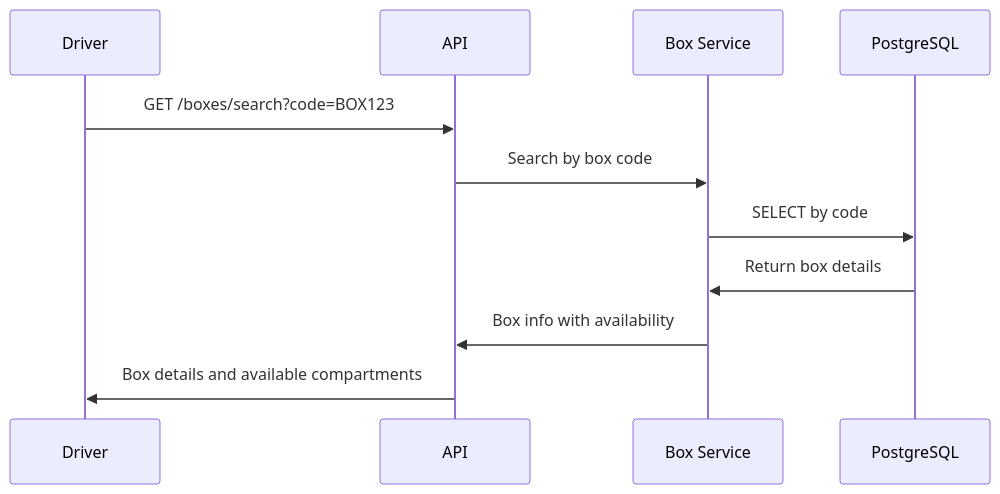
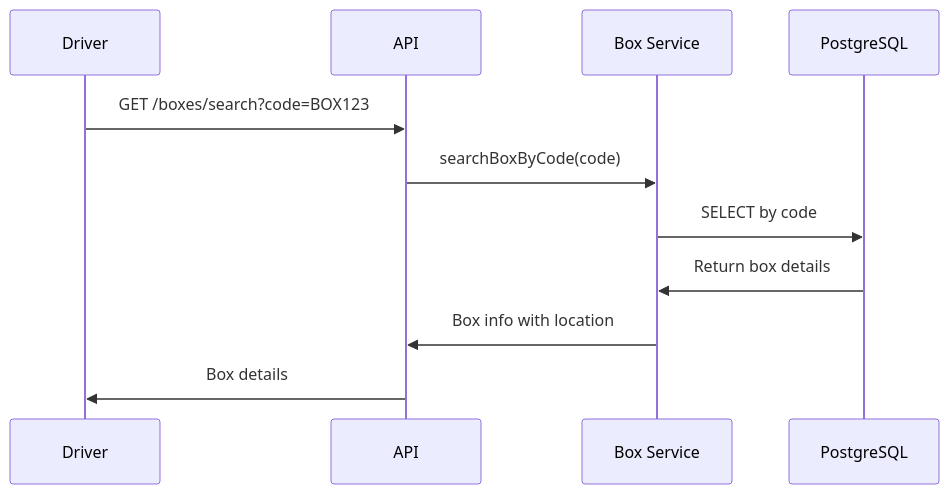
The fourth of 5 diagrams in architecture.md (mashabek/ackee_box), drawn with Mermaid before and after one commit. The commit also changed other lines of this file and 2 other files, not shown here.

Commit message:
update readme & architecture

````diff
--- a/architecture.md
+++ b/architecture.md
@@ -128,14 +135,14 @@
 ```mermaid
 sequenceDiagram
     participant Driver
     participant API
     participant BoxService as Box Service
     participant DB as PostgreSQL
     
     Driver->>API: GET /boxes/search?code=BOX123
-    API->>BoxService: Search by box code
+    API->>BoxService: searchBoxByCode(code)
     BoxService->>DB: SELECT by code
     DB->>BoxService: Return box details
-    BoxService->>API: Box info with availability
-    API->>Driver: Box details and available compartments
+    BoxService->>API: Box info with location
+    API->>Driver: Box details
 ```
````
